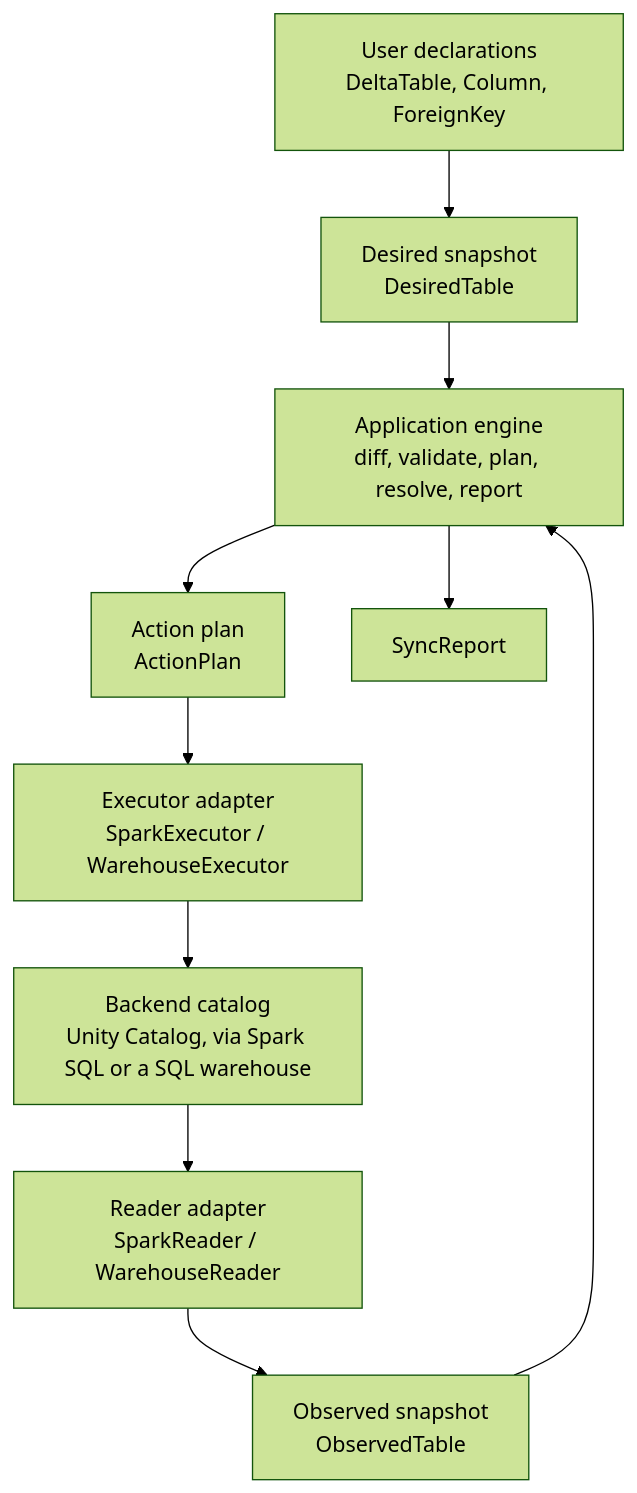
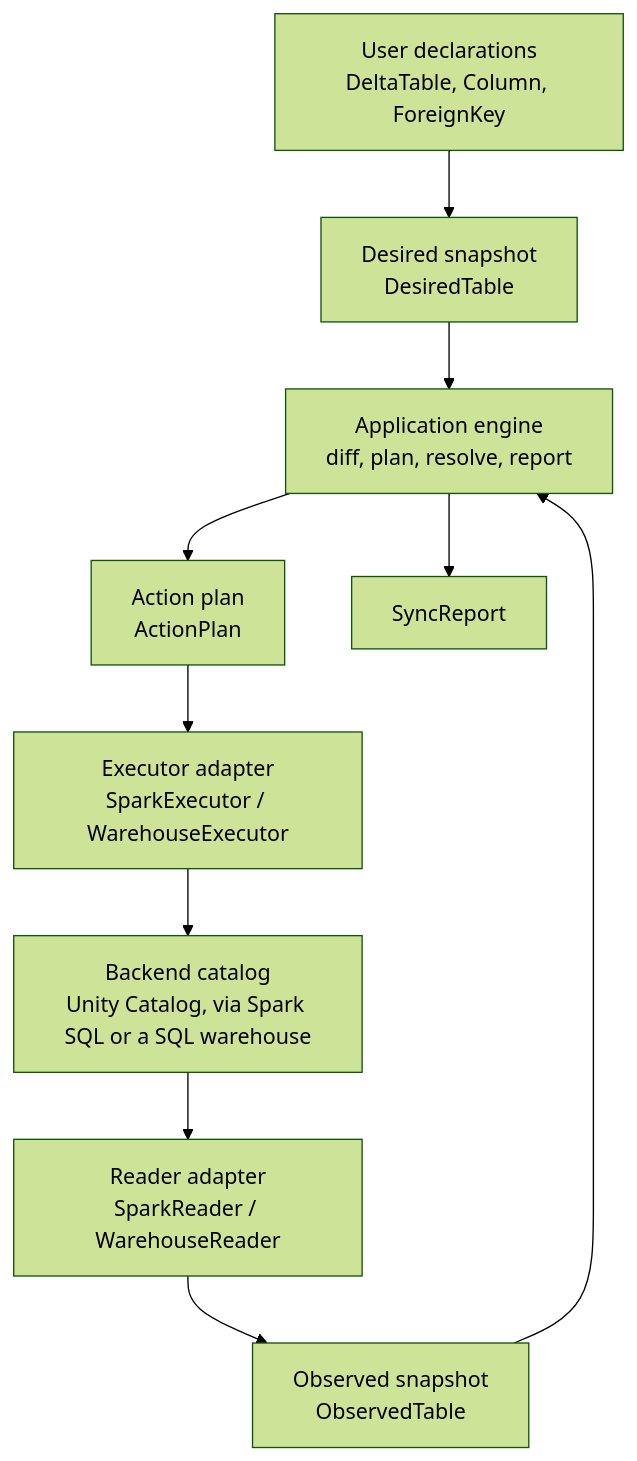
The first of 5 diagrams in docs/explanation-architecture.md (Tomoscorbin/delta-engine), drawn with Mermaid (forest theme) before and after one commit. The commit also changed other lines of this file and 26 other files, not shown here.

````diff
--- a/docs/explanation-architecture.md
+++ b/docs/explanation-architecture.md
@@ -32,22 +32,22 @@
 ```mermaid
 flowchart TB
     User[User declarations<br/>DeltaTable, Column, ForeignKey]
     Desired[Desired snapshot<br/>DesiredTable]
     Reader[Reader adapter<br/>SparkReader / WarehouseReader]
     Observed[Observed snapshot<br/>ObservedTable]
-    Engine[Application engine<br/>diff, validate, plan, resolve, report]
+    Engine[Application engine<br/>diff, plan, resolve, report]
     Plan[Action plan<br/>ActionPlan]
     Executor[Executor adapter<br/>SparkExecutor / WarehouseExecutor]
     Backend[Backend catalog<br/>Unity Catalog, via Spark SQL or a SQL warehouse]
     Report[SyncReport]
 
     User --> Desired
     Backend --> Reader
     Reader --> Observed
     Desired --> Engine
     Observed --> Engine
     Engine --> Plan
     Plan --> Executor
     Executor --> Backend
     Engine --> Report
 ```
````
